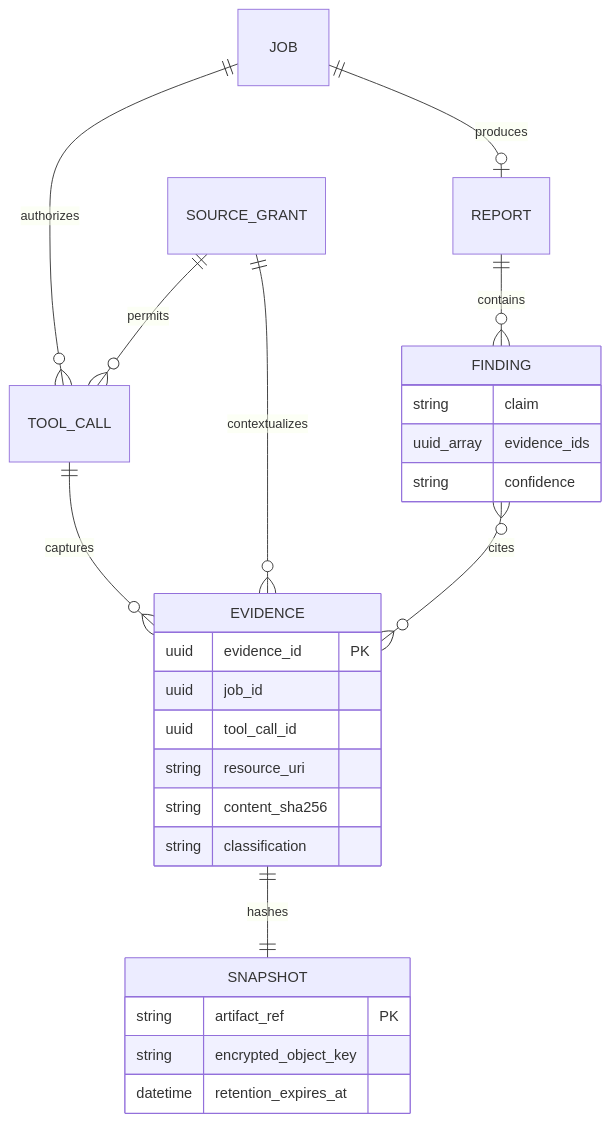
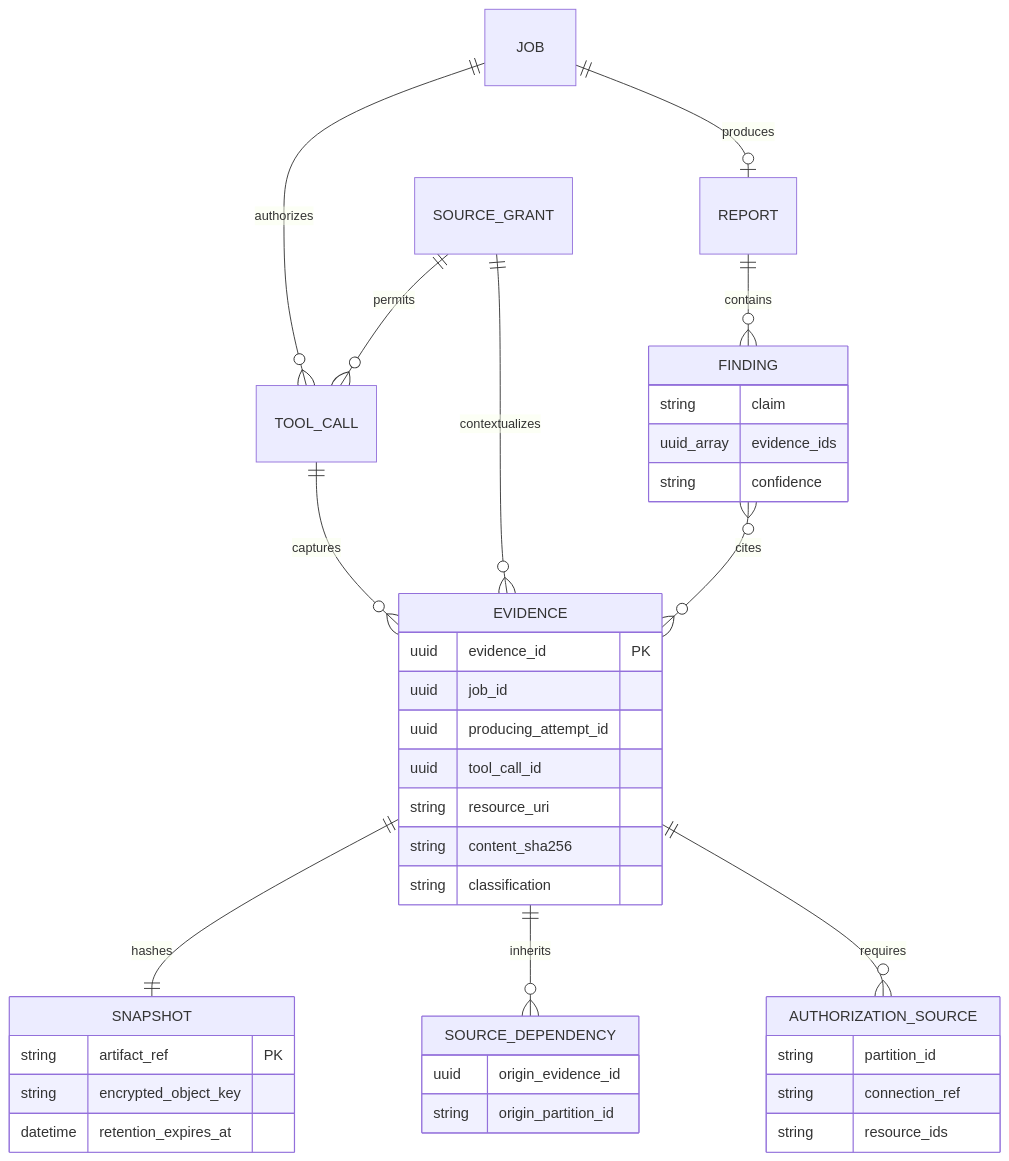
The fourth of 9 diagrams in docs/design/research-and-evidence.md (gvaibhav/openshell-deep-research-platform), drawn with Mermaid before and after one commit. The commit also changed other lines of this file and 48 other files, not shown here.

````diff
--- a/docs/design/research-and-evidence.md
+++ b/docs/design/research-and-evidence.md
@@ -127,30 +173,42 @@
 ```mermaid
 erDiagram
     JOB ||--o{ TOOL_CALL : authorizes
     TOOL_CALL ||--o{ EVIDENCE : captures
     EVIDENCE ||--|| SNAPSHOT : hashes
     REPORT ||--o{ FINDING : contains
     FINDING }o--o{ EVIDENCE : cites
     JOB ||--o| REPORT : produces
     SOURCE_GRANT ||--o{ TOOL_CALL : permits
     SOURCE_GRANT ||--o{ EVIDENCE : contextualizes
+    EVIDENCE ||--o{ SOURCE_DEPENDENCY : inherits
+    EVIDENCE ||--o{ AUTHORIZATION_SOURCE : requires
 
     EVIDENCE {
       uuid evidence_id PK
       uuid job_id
+      uuid producing_attempt_id
       uuid tool_call_id
       string resource_uri
       string content_sha256
       string classification
     }
     SNAPSHOT {
       string artifact_ref PK
       string encrypted_object_key
       datetime retention_expires_at
     }
     FINDING {
       string claim
       uuid_array evidence_ids
       string confidence
     }
+    SOURCE_DEPENDENCY {
+      uuid origin_evidence_id
+      string origin_partition_id
+    }
+    AUTHORIZATION_SOURCE {
+      string partition_id
+      string connection_ref
+      string resource_ids
+    }
 ```
````
